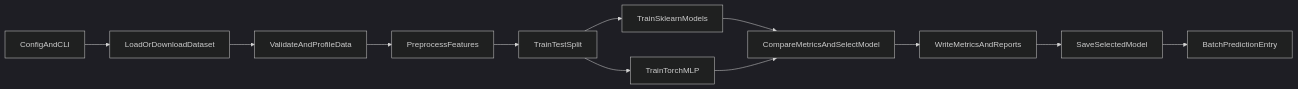
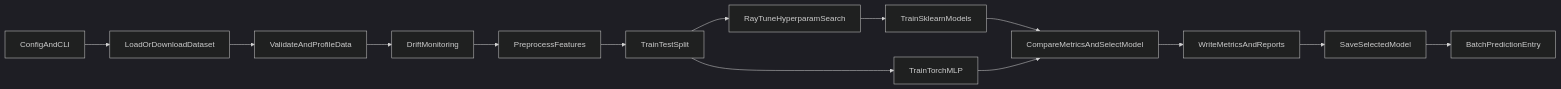
The diagram in README.md (Xuanye-Zeng/churn-ml-pipeline), drawn with Mermaid (dark theme) before and after one commit. The commit also changed 1 other file, not shown here.

Commit message:
Add drift and tuning steps to pipeline flow diagrams

````diff
--- a/README.md
+++ b/README.md
@@ -9,17 +9,19 @@
 ```mermaid
 flowchart LR
 configStep[ConfigAndCLI] --> ingestStep[LoadOrDownloadDataset]
 ingestStep --> validateStep[ValidateAndProfileData]
-validateStep --> prepStep[PreprocessFeatures]
+validateStep --> driftStep[DriftMonitoring]
+driftStep --> prepStep[PreprocessFeatures]
 prepStep --> splitStep[TrainTestSplit]
 
-splitStep --> skStep[TrainSklearnModels]
+splitStep --> tuneStep[RayTuneHyperparamSearch]
+tuneStep --> skStep[TrainSklearnModels]
 splitStep --> torchStep[TrainTorchMLP]
 
 skStep --> compareStep[CompareMetricsAndSelectModel]
 torchStep --> compareStep
 
 compareStep --> metricsStep[WriteMetricsAndReports]
 metricsStep --> modelStep[SaveSelectedModel]
 modelStep --> predictStep[BatchPredictionEntry]
 ```
````
